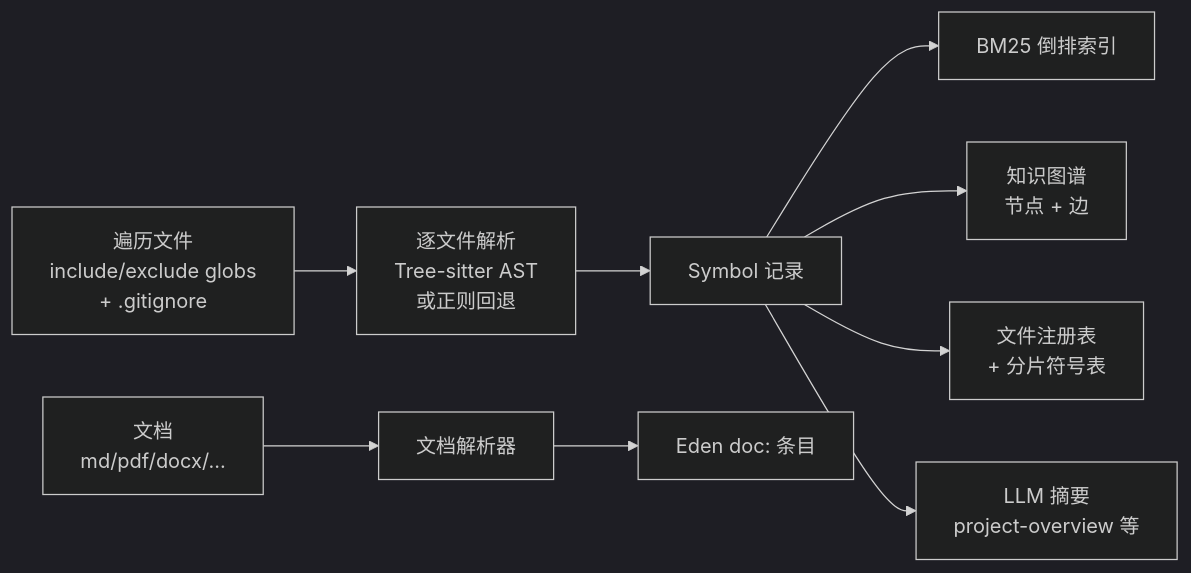
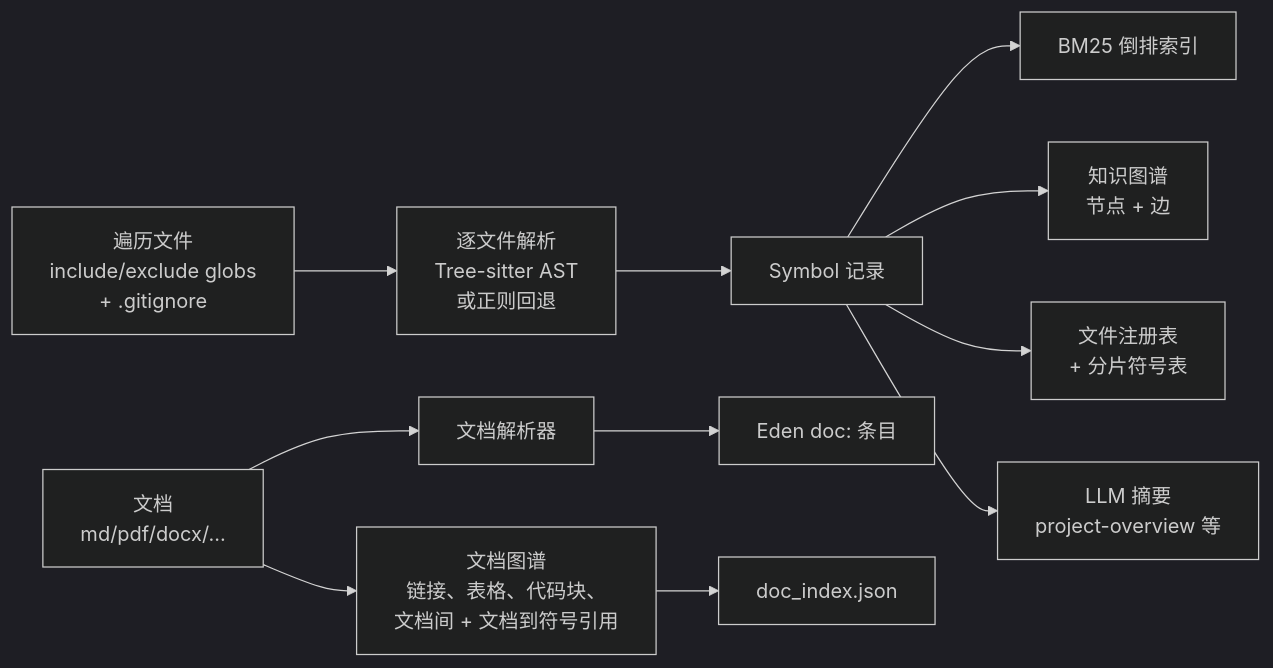
Before and after one commit to HaloTech-Co-Ltd/hk2: the diagram in docs/zh-CN/concepts/knowledge-graph-and-retrieval.md, drawn with Mermaid (dark theme). The commit also changed other lines of this file and 42 other files, not shown here.

````diff
--- a/docs/zh-CN/concepts/knowledge-graph-and-retrieval.md
+++ b/docs/zh-CN/concepts/knowledge-graph-and-retrieval.md
@@ -13,10 +13,12 @@
 ```mermaid
 flowchart LR
     A[遍历文件<br/>include/exclude globs<br/>+ .gitignore] --> B[逐文件解析<br/>Tree-sitter AST<br/>或正则回退]
     B --> C[Symbol 记录]
     C --> D[BM25 倒排索引]
     C --> E[知识图谱<br/>节点 + 边]
     C --> F[文件注册表<br/>+ 分片符号表]
     G[文档<br/>md/pdf/docx/...] --> H[文档解析器] --> I[Eden doc: 条目]
+    G --> K[文档图谱<br/>链接、表格、代码块、<br/>文档间 + 文档到符号引用]
+    K --> L[doc_index.json]
     C --> J[LLM 摘要<br/>project-overview 等]
 ```
````
